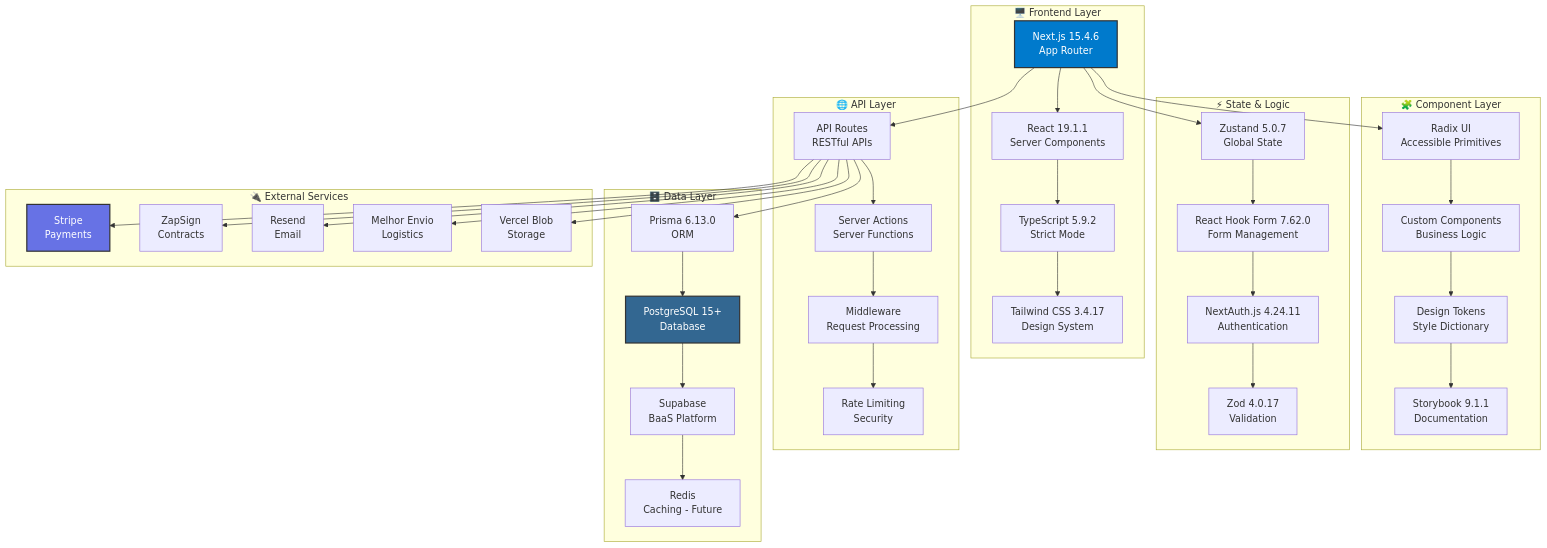
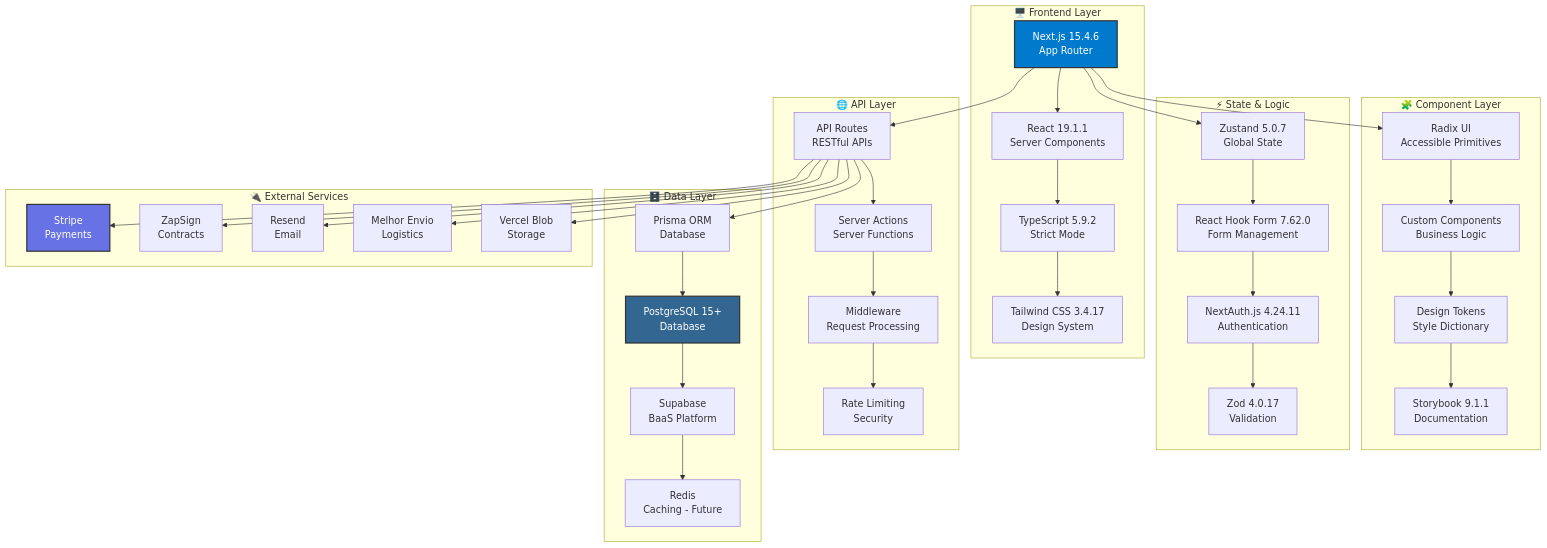
The first of 3 diagrams in docs/architecture/overview.md (Schlorke/GB-Locacoes), drawn with Mermaid before and after one commit. The commit also changed other lines of this file and 22 other files, not shown here.

````diff
--- a/docs/architecture/overview.md
+++ b/docs/architecture/overview.md
@@ -38,74 +38,74 @@
 ```mermaid
 graph TB
     subgraph "🖥️ Frontend Layer"
         A[Next.js 15.4.6<br/>App Router]
         B[React 19.1.1<br/>Server Components]
         C[TypeScript 5.9.2<br/>Strict Mode]
         D[Tailwind CSS 3.4.17<br/>Design System]
     end
 
     subgraph "🧩 Component Layer"
         E[Radix UI<br/>Accessible Primitives]
         F[Custom Components<br/>Business Logic]
         G[Design Tokens<br/>Style Dictionary]
         H[Storybook 9.1.1<br/>Documentation]
     end
 
     subgraph "⚡ State & Logic"
         I[Zustand 5.0.7<br/>Global State]
         J[React Hook Form 7.62.0<br/>Form Management]
         K[NextAuth.js 4.24.11<br/>Authentication]
         L[Zod 4.0.17<br/>Validation]
     end
 
     subgraph "🌐 API Layer"
         M[API Routes<br/>RESTful APIs]
         N[Server Actions<br/>Server Functions]
         O[Middleware<br/>Request Processing]
         P[Rate Limiting<br/>Security]
     end
 
     subgraph "🗄️ Data Layer"
-        Q[Prisma 6.13.0<br/>ORM]
+        Q[Prisma ORM<br/>Database]
         R[PostgreSQL 15+<br/>Database]
         S[Supabase<br/>BaaS Platform]
         T[Redis<br/>Caching - Future]
     end
 
     subgraph "🔌 External Services"
         U[Stripe<br/>Payments]
         V[ZapSign<br/>Contracts]
         W[Resend<br/>Email]
         X[Melhor Envio<br/>Logistics]
         Y[Vercel Blob<br/>Storage]
     end
 
     A --> B
     B --> C
     C --> D
     A --> E
     E --> F
     F --> G
     G --> H
     A --> I
     I --> J
     J --> K
     K --> L
     A --> M
     M --> N
     N --> O
     O --> P
     M --> Q
     Q --> R
     R --> S
     S --> T
     M --> U
     M --> V
     M --> W
     M --> X
     M --> Y
 
     style A fill:#007acc,stroke:#333,stroke-width:2px,color:#fff
     style R fill:#336791,stroke:#333,stroke-width:2px,color:#fff
     style U fill:#6772e5,stroke:#333,stroke-width:2px,color:#fff
 ```
````
